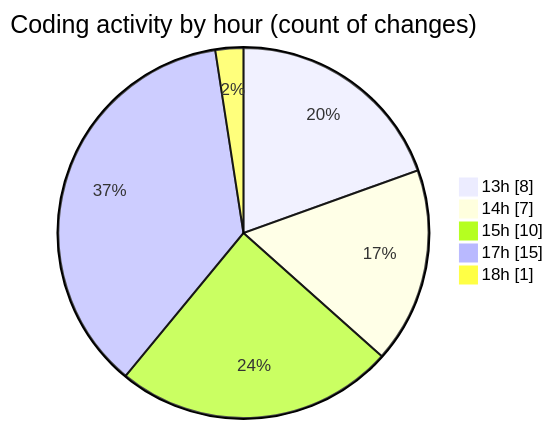
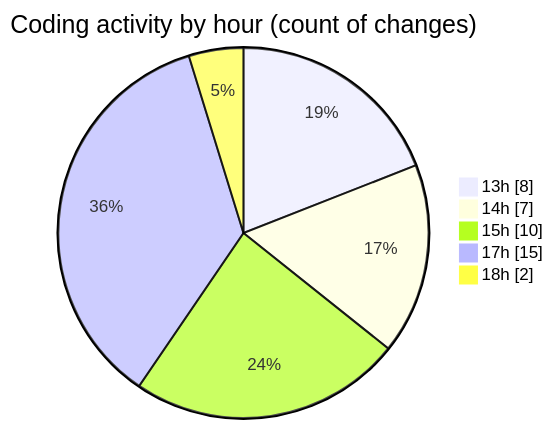
The second of 2 diagrams in 2025-04-03/jsvms/README.md (BS-eng2023/code-tracking), drawn with Mermaid before and after one commit. The commit also changed other lines of this file and 1 other file, not shown here.

````diff
--- a/2025-04-03/jsvms/README.md
+++ b/2025-04-03/jsvms/README.md
@@ -39,9 +39,9 @@
 ```mermaid
 pie showData
 title Coding activity by hour (count of changes)
 "13h" : 8
 "14h" : 7
 "15h" : 10
 "17h" : 15
-"18h" : 1
+"18h" : 2
 ```
````
